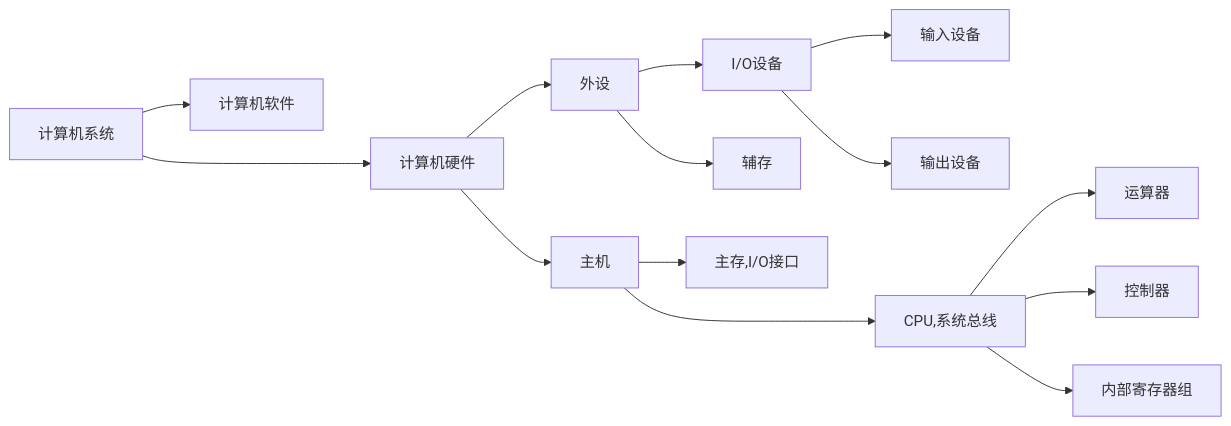
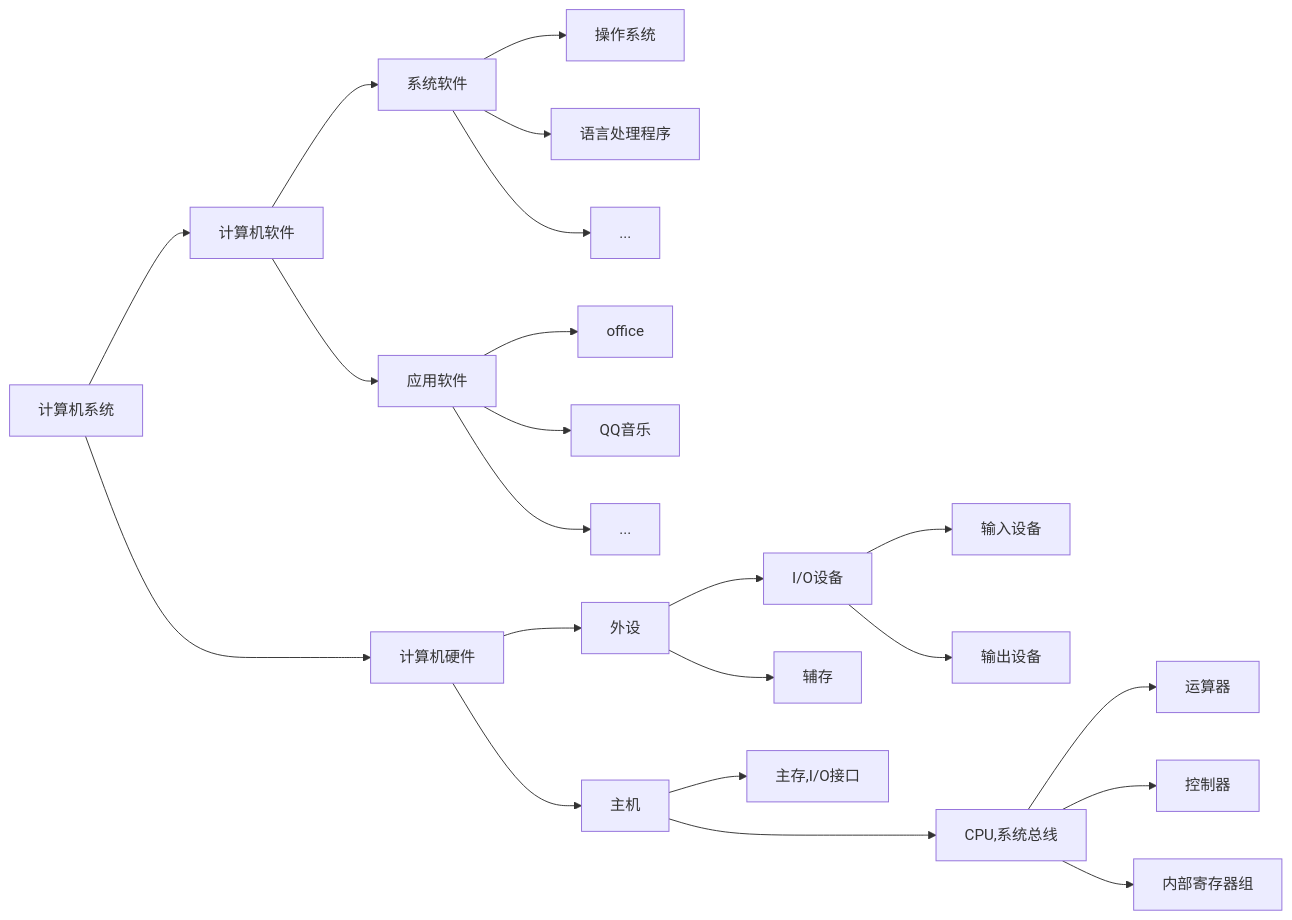
One commit to MzjHarley/ComputerCompositionPrinciple changed the second of 2 diagrams in 计算机组成原理概述.md. Above: the diagram before and after it, drawn with Mermaid. The commit also changed other lines of this file, not shown here.

````diff
--- a/计算机组成原理概述.md
+++ b/计算机组成原理概述.md
@@ -41,16 +41,24 @@
 ```mermaid
 graph LR
 A[计算机系统] -->B[计算机软件]
+B-->O[系统软件]
+B-->P[应用软件]
+O-->Q[操作系统]
+O-->R[语言处理程序]
+O-->S[...]
+P-->T[office]
+P-->U[QQ音乐]
+P-->V[...]
 A[计算机系统] --->C[计算机硬件]
 C -->D[主机]
 C -->E[外设]
 E -->F[I/O设备]
 E -->G[辅存]
 F -->H[输入设备]
 F -->I[输出设备]
 D -->J[主存,I/O接口]
 D --->K[CPU,系统总线]
 K -->L[运算器]
 K -->M[控制器]
 K -->N[内部寄存器组]
 ```
````
